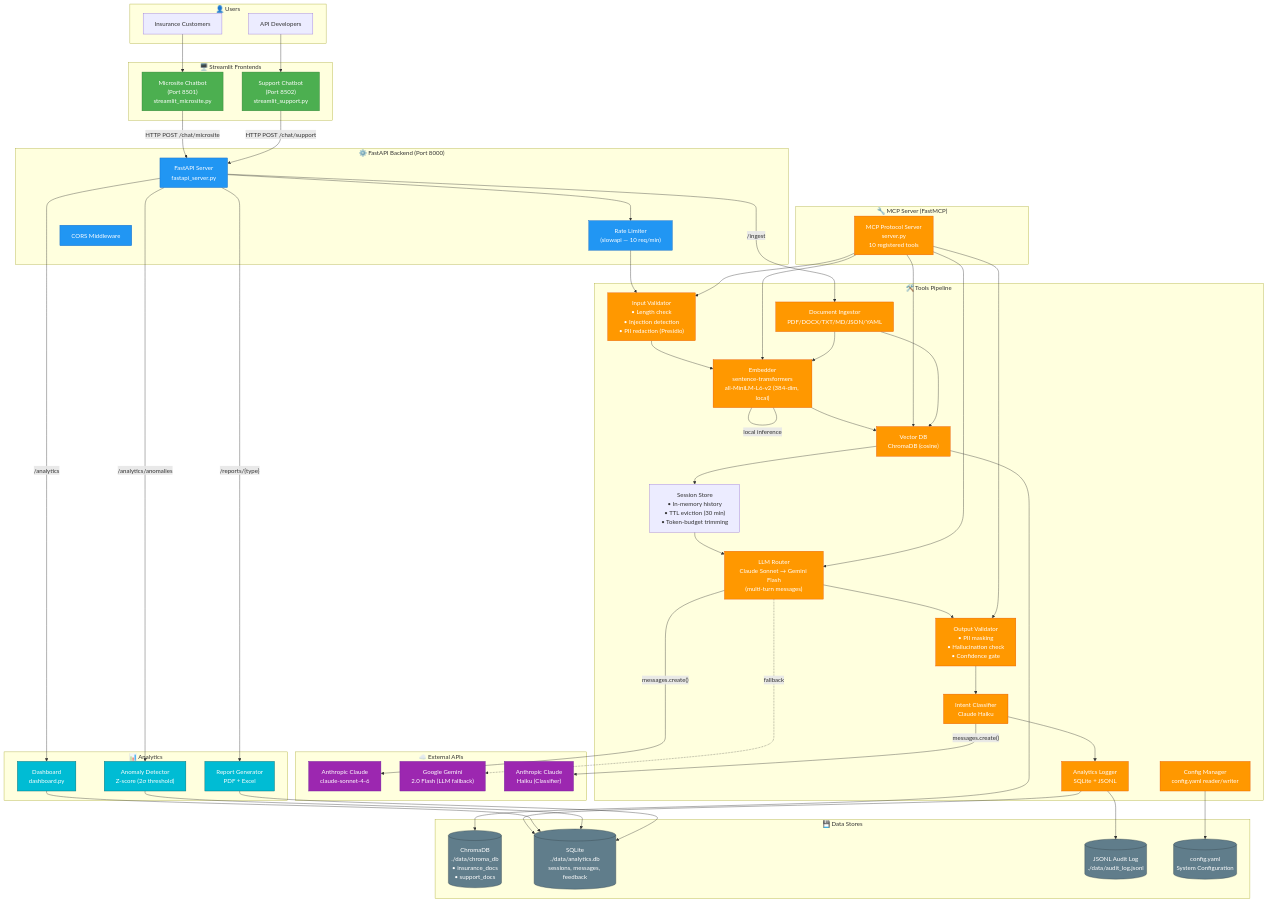
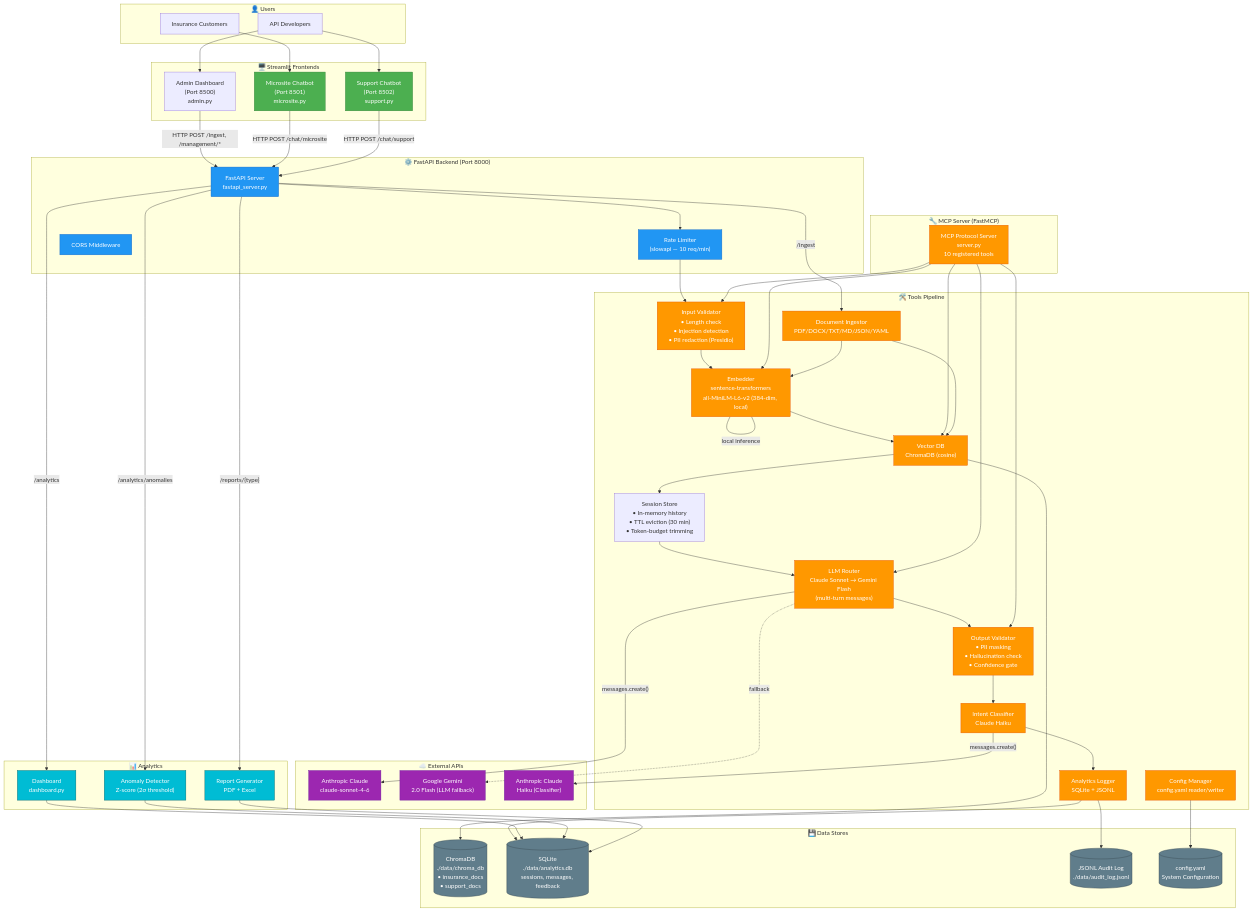
Before and after one commit to rajrkdev/ai-lab: the diagram in prd/docs/diagrams/01-system-architecture.mmd, drawn with Mermaid. The commit also changed 16 other files, not shown here.

First line of the commit message:
feat: add admin dashboard, collection management, and update diagrams

```diff
--- a/prd/docs/diagrams/01-system-architecture.mmd
+++ b/prd/docs/diagrams/01-system-architecture.mmd
@@ -1,106 +1,109 @@
 %% InsureChat v3.0 — System Architecture Overview
 %% Shows all major components, external services, and data stores
 
 graph TB
     subgraph Users["👤 Users"]
         IC[Insurance Customers]
         DEV[API Developers]
     end
 
     subgraph Frontends["🖥️ Streamlit Frontends"]
-        SM["Microsite Chatbot<br/>(Port 8501)<br/>streamlit_microsite.py"]
-        SS["Support Chatbot<br/>(Port 8502)<br/>streamlit_support.py"]
+        SA["Admin Dashboard<br/>(Port 8500)<br/>admin.py"]
+        SM["Microsite Chatbot<br/>(Port 8501)<br/>microsite.py"]
+        SS["Support Chatbot<br/>(Port 8502)<br/>support.py"]
     end
 
     subgraph Backend["⚙️ FastAPI Backend (Port 8000)"]
         API["FastAPI Server<br/>fastapi_server.py"]
         RL["Rate Limiter<br/>(slowapi — 10 req/min)"]
         CORS["CORS Middleware"]
     end
 
     subgraph MCPServer["🔧 MCP Server (FastMCP)"]
         MCP["MCP Protocol Server<br/>server.py<br/>10 registered tools"]
     end
 
     subgraph ToolsPipeline["🛠️ Tools Pipeline"]
         IV["Input Validator<br/>• Length check<br/>• Injection detection<br/>• PII redaction (Presidio)"]
         EMB["Embedder<br/>sentence-transformers<br/>all-MiniLM-L6-v2 (384-dim, local)"]
         VDB["Vector DB<br/>ChromaDB (cosine)"]
         SESS["Session Store<br/>• In-memory history<br/>• TTL eviction (30 min)<br/>• Token-budget trimming"]
         LLM["LLM Router<br/>Claude Sonnet → Gemini Flash<br/>(multi-turn messages)"]
         OV["Output Validator<br/>• PII masking<br/>• Hallucination check<br/>• Confidence gate"]
         IC2["Intent Classifier<br/>Claude Haiku"]
         ING["Document Ingestor<br/>PDF/DOCX/TXT/MD/JSON/YAML"]
         AL["Analytics Logger<br/>SQLite + JSONL"]
         CM["Config Manager<br/>config.yaml reader/writer"]
     end
 
     subgraph ExternalAPIs["☁️ External APIs"]
         CLAUDE["Anthropic Claude<br/>claude-sonnet-4-6"]
         GEMINI["Google Gemini<br/>2.0 Flash (LLM fallback)"]
         HAIKU["Anthropic Claude<br/>Haiku (Classifier)"]
     end
 
     subgraph DataStores["💾 Data Stores"]
         CHROMA[("ChromaDB<br/>./data/chroma_db<br/>• insurance_docs<br/>• support_docs")]
         SQLITE[("SQLite<br/>./data/analytics.db<br/>sessions, messages, feedback")]
         JSONL[("JSONL Audit Log<br/>./data/audit_log.jsonl")]
         CONFIG[("config.yaml<br/>System Configuration")]
     end
 
     subgraph Analytics["📊 Analytics"]
         DASH["Dashboard<br/>dashboard.py"]
         ANOM["Anomaly Detector<br/>Z-score (2σ threshold)"]
         REP["Report Generator<br/>PDF + Excel"]
     end
 
     IC --> SM
     DEV --> SS
+    DEV --> SA
+    SA -->|"HTTP POST /ingest, /management/*"| API
     SM -->|"HTTP POST /chat/microsite"| API
     SS -->|"HTTP POST /chat/support"| API
     API --> RL
     RL --> IV
     IV --> EMB
     EMB --> VDB
     VDB --> SESS
     SESS --> LLM
     LLM --> OV
     OV --> IC2
     IC2 --> AL
     API -->|"/ingest"| ING
     API -->|"/analytics"| DASH
     API -->|"/analytics/anomalies"| ANOM
     API -->|"/reports/{type}"| REP
     MCP --> IV
     MCP --> EMB
     MCP --> VDB
     MCP --> LLM
     MCP --> OV
 
     EMB ---|"local inference"| EMB
     LLM -->|"messages.create()"| CLAUDE
     LLM -.->|"fallback"| GEMINI
     IC2 -->|"messages.create()"| HAIKU
     VDB --> CHROMA
     AL --> SQLITE
     AL --> JSONL
     CM --> CONFIG
     ING --> EMB
     ING --> VDB
     DASH --> SQLITE
     ANOM --> SQLITE
     REP --> SQLITE
 
     classDef frontend fill:#4CAF50,stroke:#2E7D32,color:#fff
     classDef backend fill:#2196F3,stroke:#1565C0,color:#fff
     classDef tool fill:#FF9800,stroke:#E65100,color:#fff
     classDef external fill:#9C27B0,stroke:#6A1B9A,color:#fff
     classDef store fill:#607D8B,stroke:#37474F,color:#fff
     classDef analytics fill:#00BCD4,stroke:#006064,color:#fff
 
     class SM,SS frontend
     class API,RL,CORS backend
     class IV,EMB,VDB,LLM,OV,IC2,ING,AL,CM,MCP tool
     class CLAUDE,GEMINI,HAIKU external
     class CHROMA,SQLITE,JSONL,CONFIG store
     class DASH,ANOM,REP analytics
```
